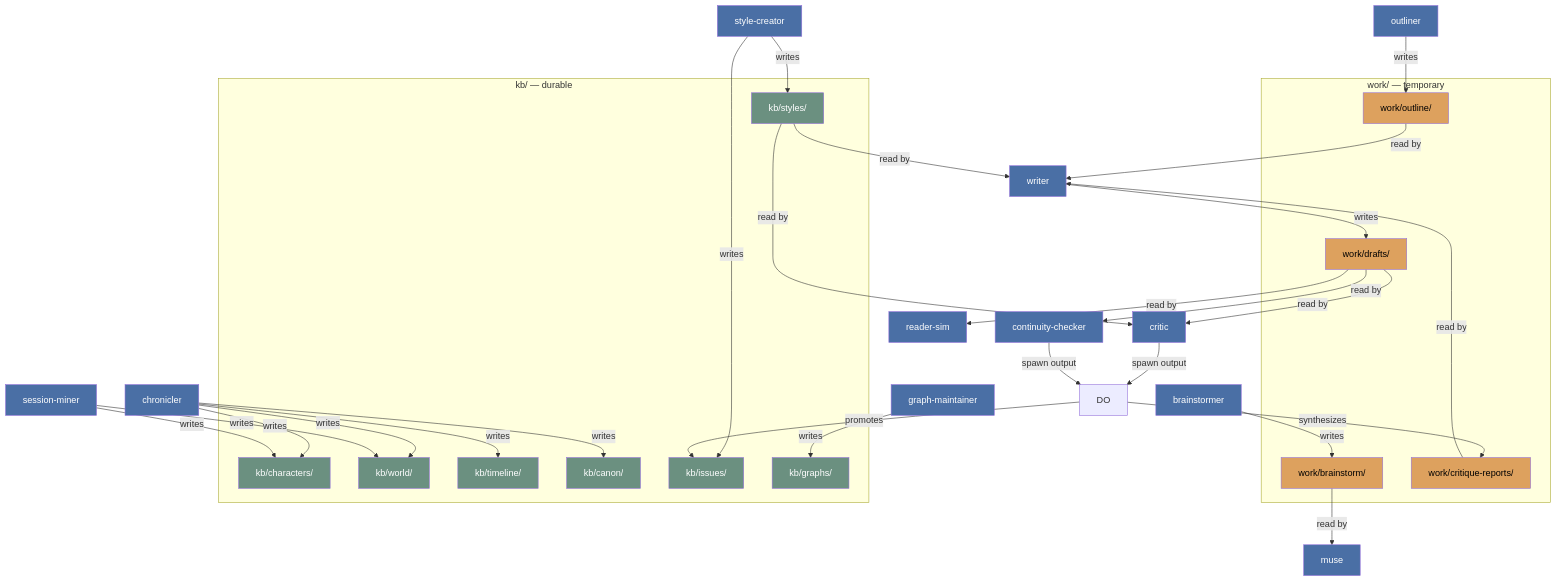
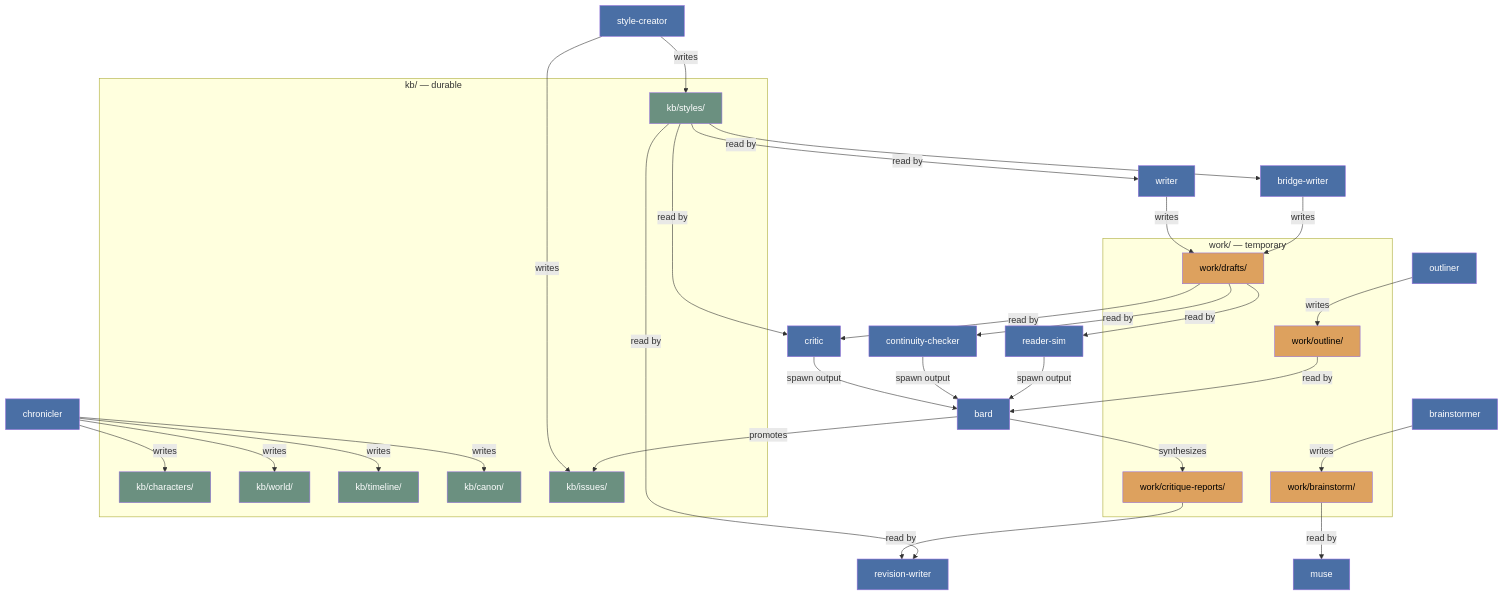
The fourth of 4 diagrams in docs/architecture.md (haowjy/creative-writing-skills), drawn with Mermaid before and after one commit. The commit also changed other lines of this file and 60 other files, not shown here.

First line of the commit message:
Claude Code plugin, architecture fixes, and installation docs

````diff
--- a/docs/architecture.md
+++ b/docs/architecture.md
@@ -239,59 +239,58 @@
 ```mermaid
 graph TD
     subgraph "work/ — temporary"
         WB["work/brainstorm/"]
         WO["work/outline/"]
         WD["work/drafts/"]
         WC["work/critique-reports/"]
     end
 
     subgraph "kb/ — durable"
         KS["kb/styles/"]
         KC["kb/characters/"]
         KW["kb/world/"]
         KT["kb/timeline/"]
         KCN["kb/canon/"]
         KI["kb/issues/"]
-        KG["kb/graphs/"]
     end
 
     BS[brainstormer] -->|writes| WB
     WB -->|read by| SO[muse]
 
     OL[outliner] -->|writes| WO
-    WO -->|read by| WR[writer]
+    WO -->|read by| DO[bard]
 
-    WR -->|writes| WD
+    WR[writer] -->|writes| WD
+    BW[bridge-writer] -->|writes| WD
     WD -->|read by| CR[critic]
     WD -->|read by| RS[reader-sim]
     WD -->|read by| CC[continuity-checker]
 
-    CR[critic] -->|spawn output| DO
-    CC[continuity-checker] -->|spawn output| DO
+    CR -->|spawn output| DO
+    CC -->|spawn output| DO
+    RS -->|spawn output| DO
     DO -->|synthesizes| WC
-    WC -->|read by| WR
+    WC -->|read by| RW[revision-writer]
 
     SC[style-creator] -->|writes| KS
     KS -->|read by| WR
+    KS -->|read by| RW
+    KS -->|read by| BW
     KS -->|read by| CR
 
     CH[chronicler] -->|writes| KC
     CH -->|writes| KW
     CH -->|writes| KT
     CH -->|writes| KCN
-    SM[session-miner] -->|writes| KC
-    SM -->|writes| KW
 
     SC -->|writes| KI
     DO -->|promotes| KI
-
-    GM[graph-maintainer] -->|writes| KG
 
     classDef work fill:#dda15e,color:#000
     classDef kb fill:#6b9080,color:#fff
     classDef agent fill:#4a6fa5,color:#fff
 
     class WB,WO,WD,WC work
-    class KS,KC,KW,KT,KCN,KI,KG kb
-    class BS,OL,WR,CR,RS,CC,SC,CH,SM,GM,SO agent
+    class KS,KC,KW,KT,KCN,KI kb
+    class BS,OL,WR,RW,BW,CR,RS,CC,SC,CH,SO,DO agent
 ```
````
